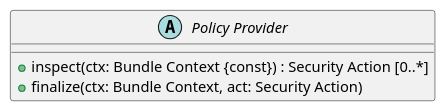
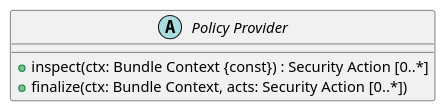
The second of 4 diagrams in user-guide/static/classes.puml (NASA-AMMOS/BSL-docs), drawn with PlantUML before and after one commit.

Commit message:
Finalize on a set of actions

```diff
--- a/user-guide/static/classes.puml
+++ b/user-guide/static/classes.puml
@@ -7,6 +7,6 @@
 @startuml(id=pp)
 abstract class "Policy Provider" as PP {
   + inspect(ctx: Bundle Context {const}) : Security Action [0..*]
-  + finalize(ctx: Bundle Context, act: Security Action)
+  + finalize(ctx: Bundle Context, acts: Security Action [0..*])
 }
 @enduml
```
